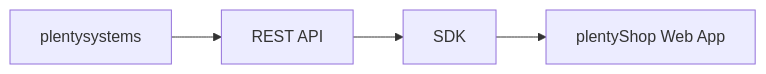
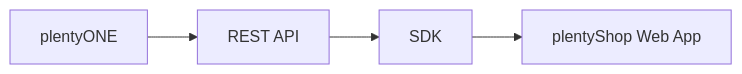
One commit to plentymarkets/plentyshop-pwa changed the diagram in .github/CONTRIBUTING.md. Above: the diagram before and after it, drawn with Mermaid. The commit also changed other lines of this file and 10 other files, not shown here.

````diff
--- a/.github/CONTRIBUTING.md
+++ b/.github/CONTRIBUTING.md
@@ -39,7 +39,7 @@
 ```mermaid
 flowchart LR
 
-A[plentysystems] --> B[REST API]
+A[plentyONE] --> B[REST API]
 B --> C[SDK]
 C --> D[plentyShop Web App]
 ```
````
